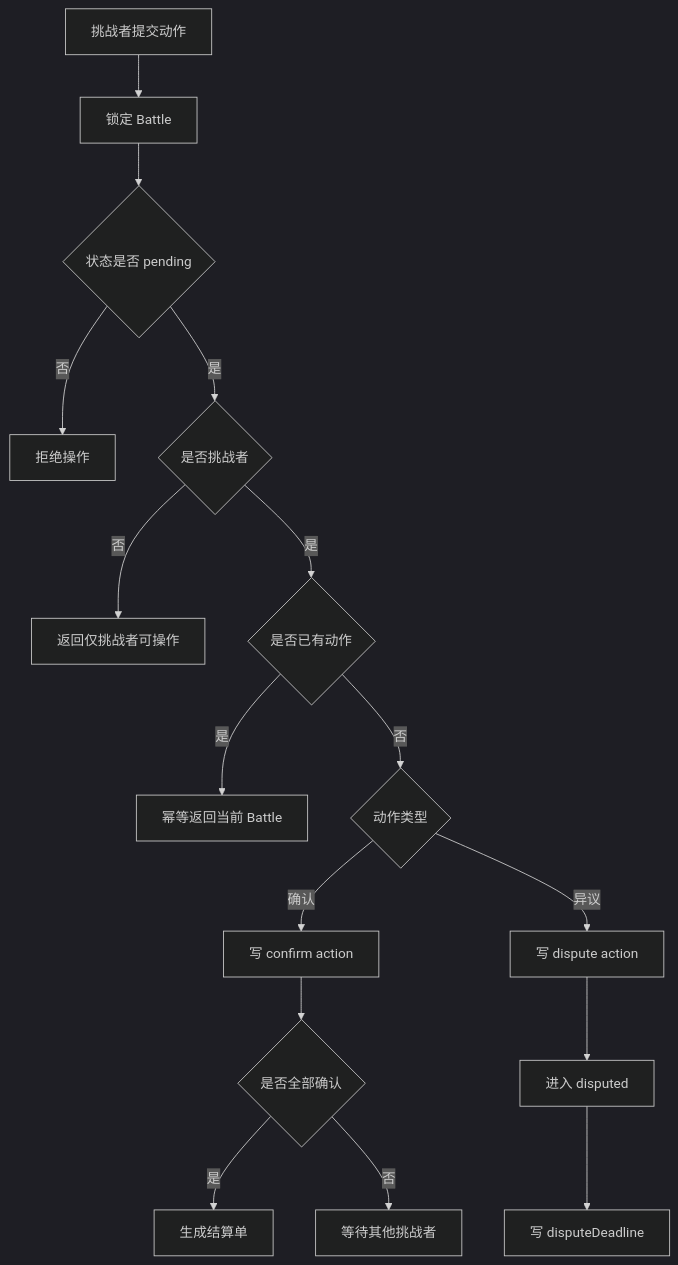
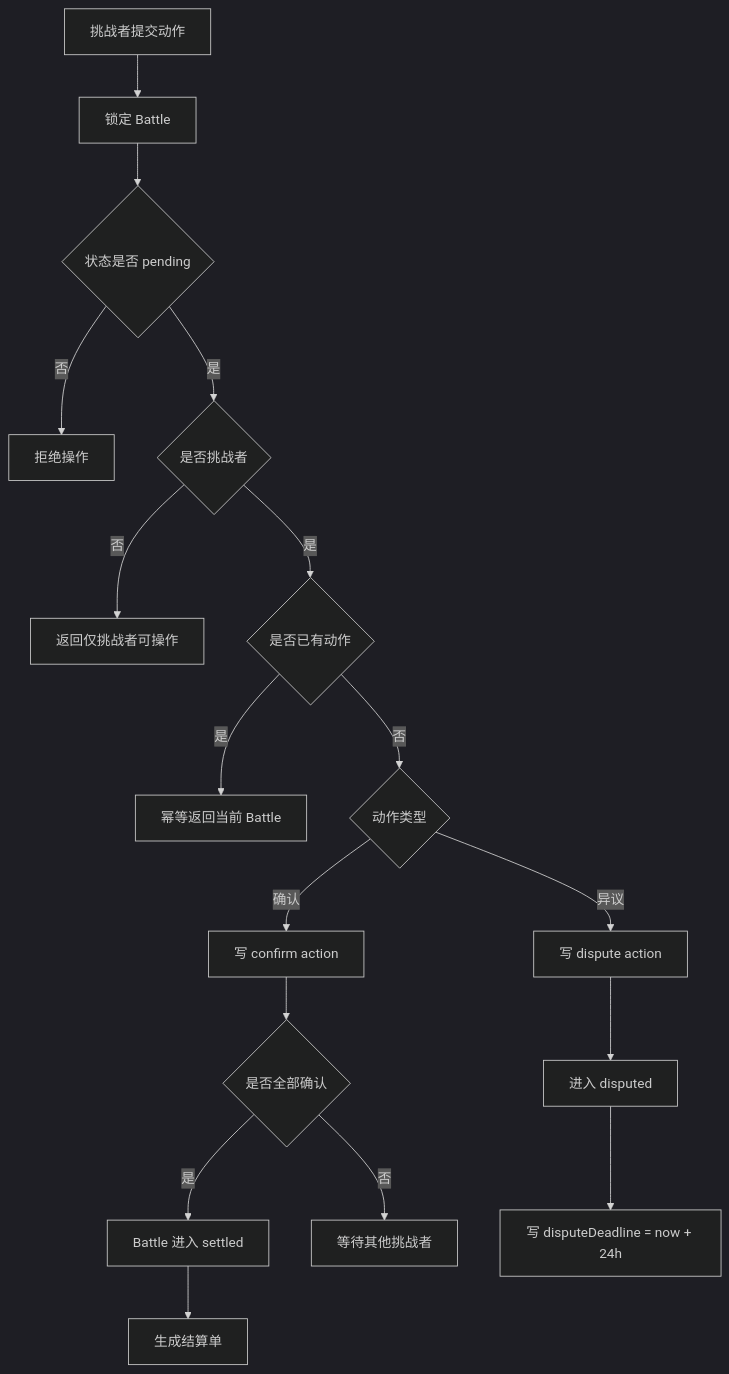
One commit to maoshuo1988/turtlepoll changed the fifth of 9 diagrams in prompt/project/开战广场/01-流程图.md. Above: the diagram before and after it, drawn with Mermaid (dark theme). The commit also changed other lines of this file and 23 other files, not shown here.

````diff
--- a/prompt/project/开战广场/01-流程图.md
+++ b/prompt/project/开战广场/01-流程图.md
@@ -92,18 +97,19 @@
 ```mermaid
 flowchart TD
   A["挑战者提交动作"] --> B["锁定 Battle"]
   B --> C{"状态是否 pending"}
   C -- "否" --> D["拒绝操作"]
   C -- "是" --> E{"是否挑战者"}
   E -- "否" --> F["返回仅挑战者可操作"]
   E -- "是" --> G{"是否已有动作"}
   G -- "是" --> H["幂等返回当前 Battle"]
   G -- "否" --> I{"动作类型"}
   I -- "确认" --> J["写 confirm action"]
   I -- "异议" --> K["写 dispute action"]
   J --> L{"是否全部确认"}
-  L -- "是" --> M["生成结算单"]
-  L -- "否" --> N["等待其他挑战者"]
-  K --> O["进入 disputed"]
-  O --> P["写 disputeDeadline"]
+  L -- "是" --> M["Battle 进入 settled"]
+  M --> N["生成结算单"]
+  L -- "否" --> O["等待其他挑战者"]
+  K --> P["进入 disputed"]
+  P --> Q["写 disputeDeadline = now + 24h"]
 ```
````
